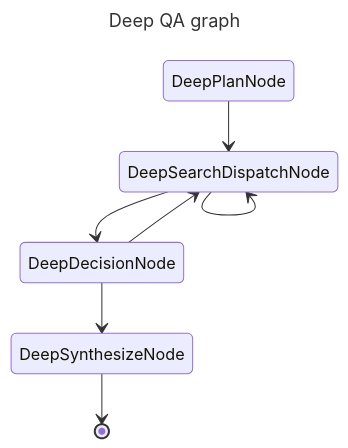
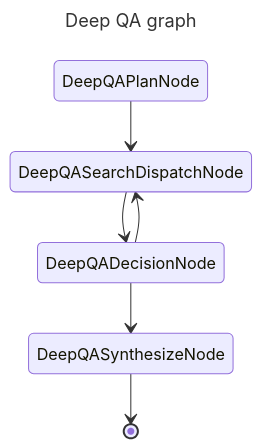
The first of 2 diagrams in docs/agents.md (ggozad/haiku.rag), drawn with Mermaid before and after one commit. The commit also changed other lines of this file and 7 other files, not shown here.

````diff
--- a/docs/agents.md
+++ b/docs/agents.md
@@ -45,12 +45,11 @@
 ```mermaid
 ---
 title: Deep QA graph
 ---
 stateDiagram-v2
-  DeepPlanNode --> DeepSearchDispatchNode
-  DeepSearchDispatchNode --> DeepSearchDispatchNode
-  DeepSearchDispatchNode --> DeepDecisionNode
-  DeepDecisionNode --> DeepSearchDispatchNode
-  DeepDecisionNode --> DeepSynthesizeNode
-  DeepSynthesizeNode --> [*]
+  DeepQAPlanNode --> DeepQASearchDispatchNode
+  DeepQASearchDispatchNode --> DeepQADecisionNode
+  DeepQADecisionNode --> DeepQASearchDispatchNode
+  DeepQADecisionNode --> DeepQASynthesizeNode
+  DeepQASynthesizeNode --> [*]
 ```
````
